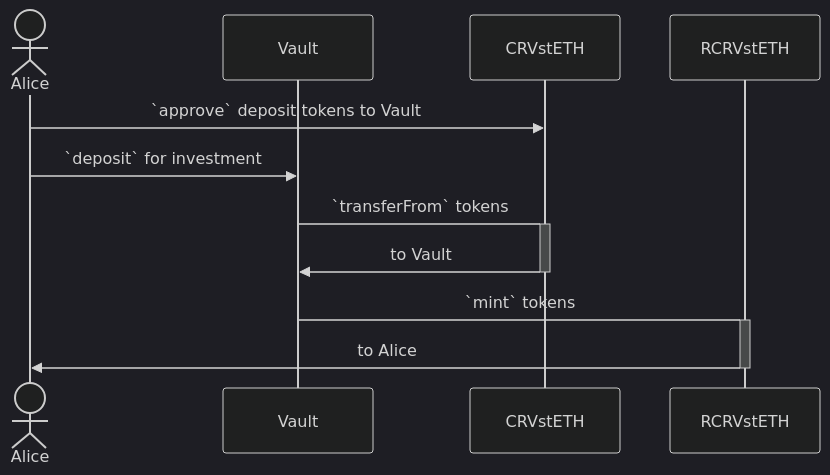
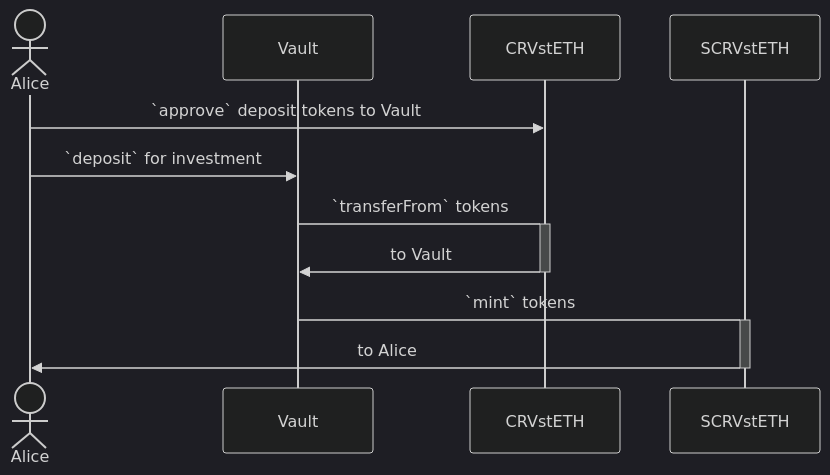
Before and after one commit to abhi3700/evm_contracts_vaultautocomp: the first of 2 diagrams in README.md, drawn with Mermaid (dark theme). The commit also changed other lines of this file and 7 other files, not shown here.

````diff
--- a/README.md
+++ b/README.md
@@ -35,13 +37,13 @@
 ```mermaid
 sequenceDiagram
 actor Alice
 participant Vault
 participant CRVstETH
-participant RCRVstETH
+participant SCRVstETH
 Alice->>CRVstETH: `approve` deposit tokens to Vault
 Alice->>Vault: `deposit` for investment
 Vault->+CRVstETH: `transferFrom` tokens
 CRVstETH->>-Vault: to Vault
-Vault->+RCRVstETH: `mint` tokens
-RCRVstETH->>-Alice: to Alice
+Vault->+SCRVstETH: `mint` tokens
+SCRVstETH->>-Alice: to Alice
 ```
````
